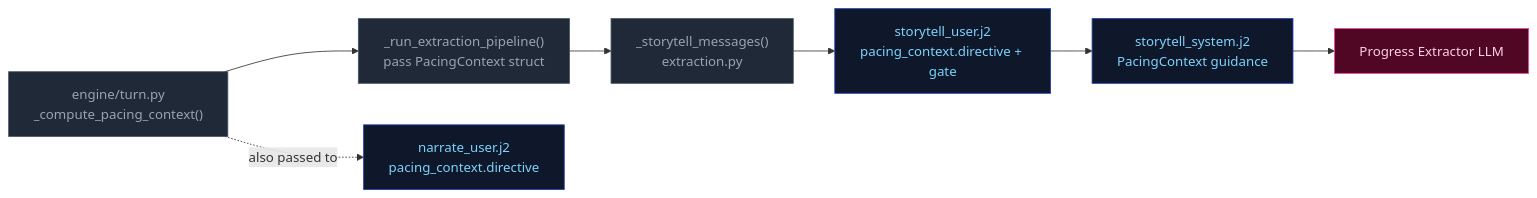
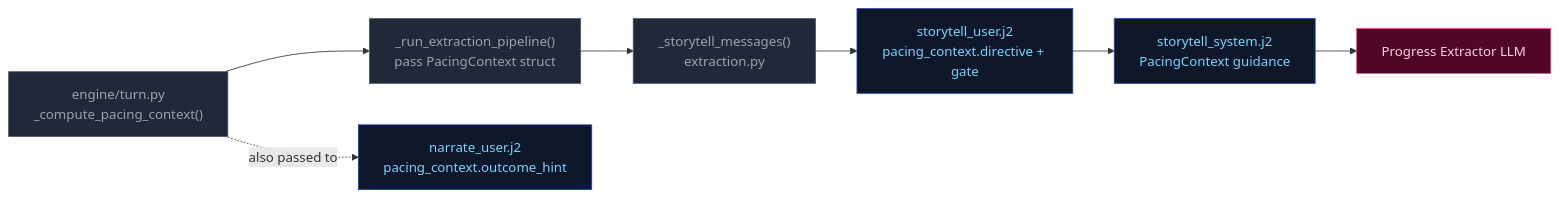
Before and after one commit to pww217/fablethread: the second of 2 diagrams in docs/architecture/pacing-context.md, drawn with Mermaid. The commit also changed other lines of this file and 3 other files, not shown here.

First line of the commit message:
docs: update architecture docs for impossible actions and outcome_hint

````diff
--- a/docs/architecture/pacing-context.md
+++ b/docs/architecture/pacing-context.md
@@ -65,17 +66,17 @@
 ```mermaid
 flowchart LR
     classDef pyNode fill:#1f2937,color:#9ca3af,stroke:#4b5563
     classDef prompt fill:#0f172a,color:#7dd3fc,stroke:#1e40af
     classDef extractor fill:#500724,color:#fbcfe8,stroke:#ec4899
 
     TURN["engine/turn.py<br>_compute_pacing_context()"]:::pyNode
     PIPELINE["_run_extraction_pipeline()<br>pass PacingContext struct"]:::pyNode
     EXTRACT_FN["_storytell_messages()<br>extraction.py"]:::pyNode
     USER_TMPL["storytell_user.j2<br>pacing_context.directive + gate"]:::prompt
     SYS_TMPL["storytell_system.j2<br>PacingContext guidance"]:::prompt
-    NARRATE_TMPL["narrate_user.j2<br>pacing_context.directive"]:::prompt
+    NARRATE_TMPL["narrate_user.j2<br>pacing_context.outcome_hint"]:::prompt
 
     TURN --> PIPELINE --> EXTRACT_FN --> USER_TMPL
     USER_TMPL --> SYS_TMPL --> EXTRACTOR["Progress Extractor LLM"]:::extractor
     TURN -. "also passed to" .-> NARRATE_TMPL
 ```
````
